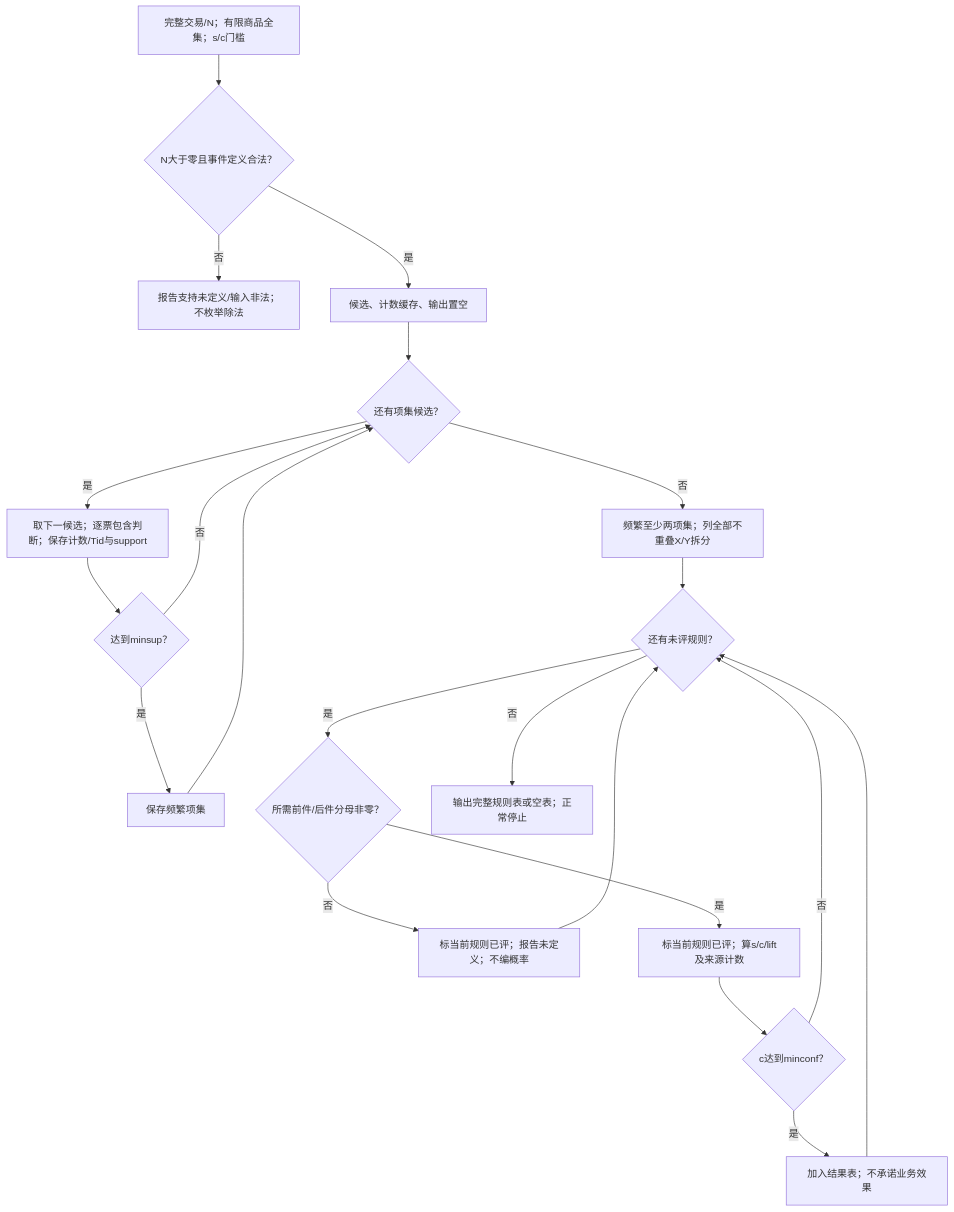
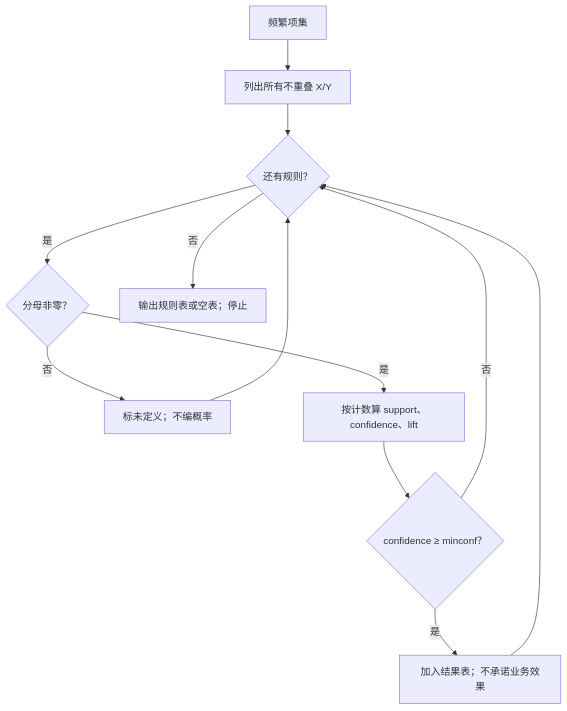
Before and after one commit to CercaTrovato/cityu-ai-course-notes: the tenth of 20 diagrams in IS6400_Business_Data_Analytics/notes/M03-数据类型与描述性分析.md, drawn with Mermaid. The commit also changed other lines of this file and 224 other files, not shown here.

First line of the commit message:
完善五门课图文可读性并更新仓库首页

````diff
--- a/IS6400_Business_Data_Analytics/notes/M03-数据类型与描述性分析.md
+++ b/IS6400_Business_Data_Analytics/notes/M03-数据类型与描述性分析.md
@@ -1748,23 +2966,14 @@
 ```mermaid
 flowchart TD
-    AR0["完整交易/N；有限商品全集；s/c门槛"] --> ARV{"N大于零且事件定义合法？"}
-    ARV -->|否| ARF["报告支持未定义/输入非法；不枚举除法"]
-    ARV -->|是| AR1["候选、计数缓存、输出置空"]
-    AR1 --> AR2{"还有项集候选？"}
-    AR2 -->|是| AR3["取下一候选；逐票包含判断；保存计数/Tid与support"]
-    AR3 --> AR4{"达到minsup？"}
-    AR4 -->|是| AR5["保存频繁项集"]
-    AR4 -->|否| AR2
-    AR5 --> AR2
-    AR2 -->|否| AR6["频繁至少两项集；列全部不重叠X/Y拆分"]
-    AR6 --> AR7{"还有未评规则？"}
-    AR7 -->|是| ARC{"所需前件/后件分母非零？"}
-    ARC -->|否| ARU["标当前规则已评；报告未定义；不编概率"]
-    ARU --> AR7
-    ARC -->|是| AR8["标当前规则已评；算s/c/lift及来源计数"]
-    AR8 --> AR9{"c达到minconf？"}
-    AR9 -->|是| AR10["加入结果表；不承诺业务效果"]
-    AR9 -->|否| AR7
-    AR10 --> AR7
-    AR7 -->|否| AR11["输出完整规则表或空表；正常停止"]
+    B0["频繁项集"] --> B1["列出所有不重叠 X/Y"]
+    B1 --> B2{"还有规则？"}
+    B2 -->|是| B3{"分母非零？"}
+    B3 -->|否| BU["标未定义；不编概率"]
+    BU --> B2
+    B3 -->|是| B4["按计数算 support、confidence、lift"]
+    B4 --> B5{"confidence ≥ minconf？"}
+    B5 -->|是| B6["加入结果表；不承诺业务效果"]
+    B5 -->|否| B2
+    B6 --> B2
+    B2 -->|否| B7["输出规则表或空表；停止"]
 ```
````
